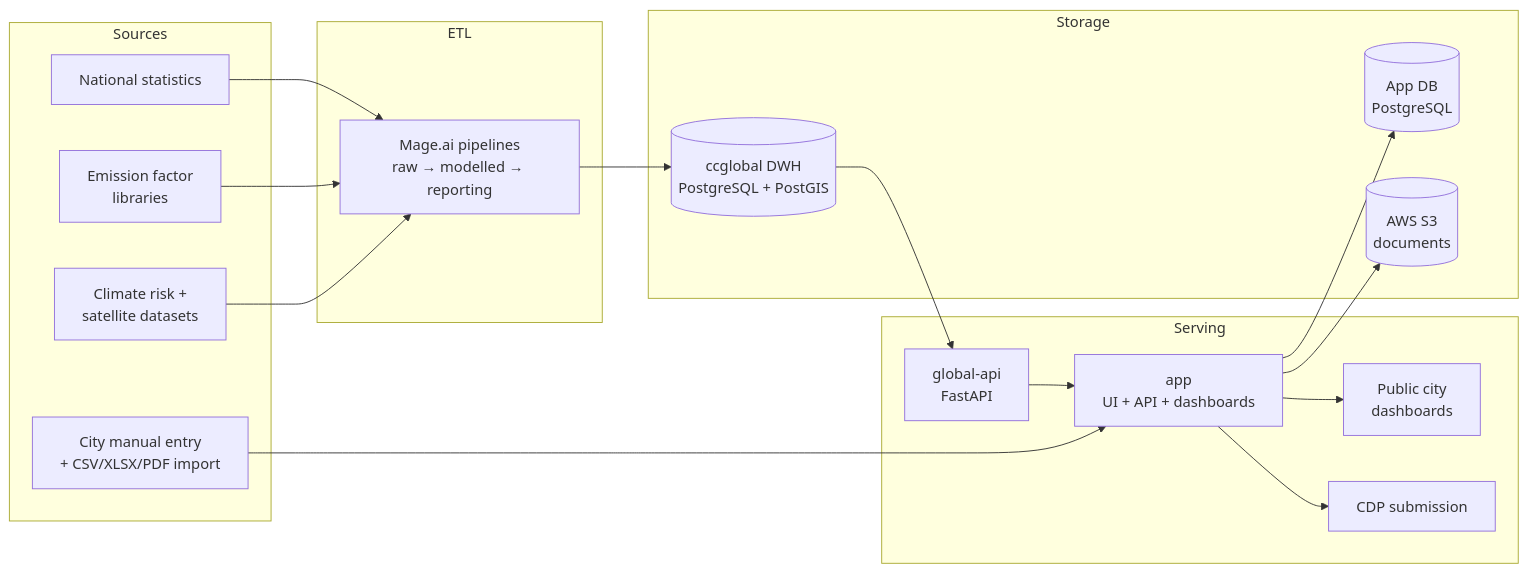
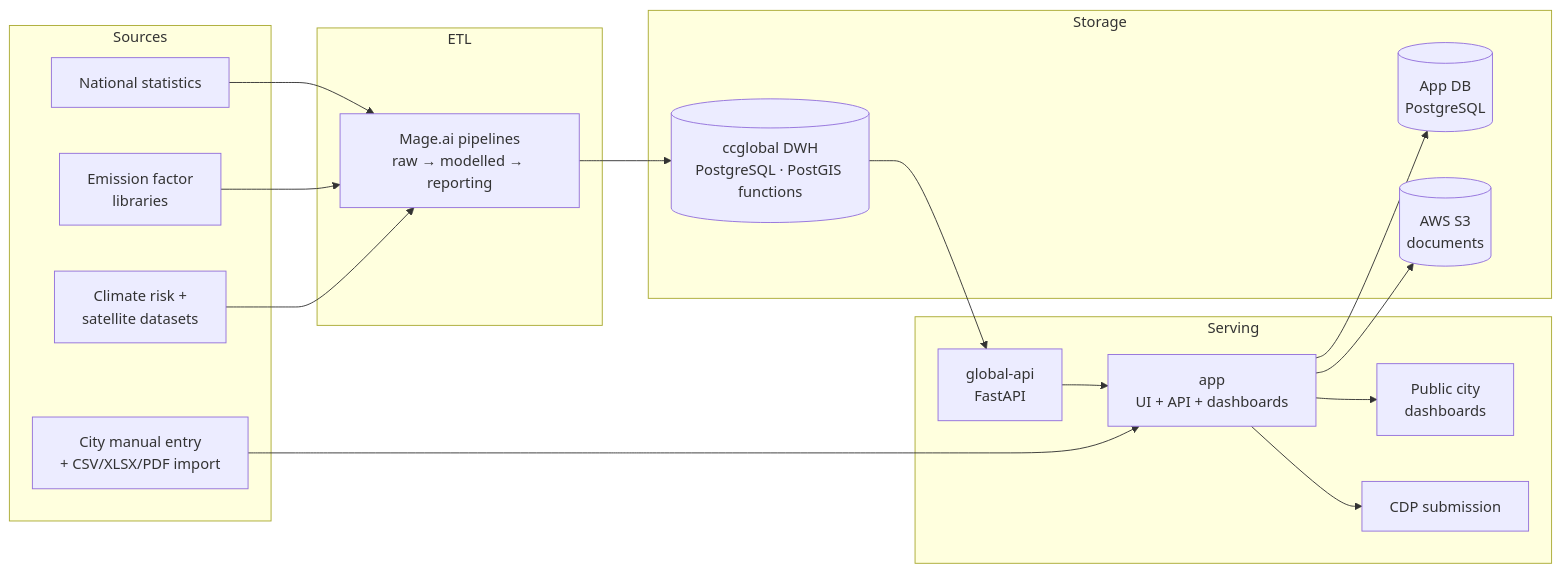
Before and after one commit to Open-Earth-Foundation/CityCatalyst: the fifth of 6 diagrams in docs/TechDeepDiveIntoCityCatalyst.md, drawn with Mermaid. The commit also changed other lines of this file, not shown here.

````diff
--- a/docs/TechDeepDiveIntoCityCatalyst.md
+++ b/docs/TechDeepDiveIntoCityCatalyst.md
@@ -192,32 +192,32 @@
 ```mermaid
 flowchart LR
     subgraph Sources
         S1[National statistics]
         S2[Emission factor<br/>libraries]
         S3X[Climate risk +<br/>satellite datasets]
         S4[City manual entry<br/>+ CSV/XLSX/PDF import]
     end
 
     subgraph "ETL"
         MAGE["Mage.ai pipelines<br/>raw → modelled → reporting"]
     end
 
     subgraph Storage
-        DW[("ccglobal DWH<br/>PostgreSQL + PostGIS")]
+        DW[("ccglobal DWH<br/>PostgreSQL · PostGIS functions")]
         OP[("App DB<br/>PostgreSQL")]
         S3B[("AWS S3<br/>documents")]
     end
 
     subgraph Serving
         GA[global-api<br/>FastAPI]
         APP[app<br/>UI + API + dashboards]
         PUB[Public city<br/>dashboards]
         CDP[CDP submission]
     end
 
     S1 & S2 & S3X --> MAGE --> DW --> GA --> APP
     S4 --> APP --> OP
     APP --> S3B
     APP --> PUB
     APP --> CDP
 ```
````
